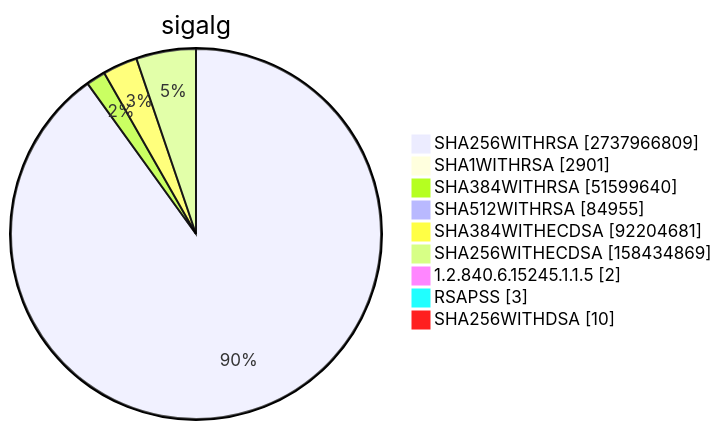
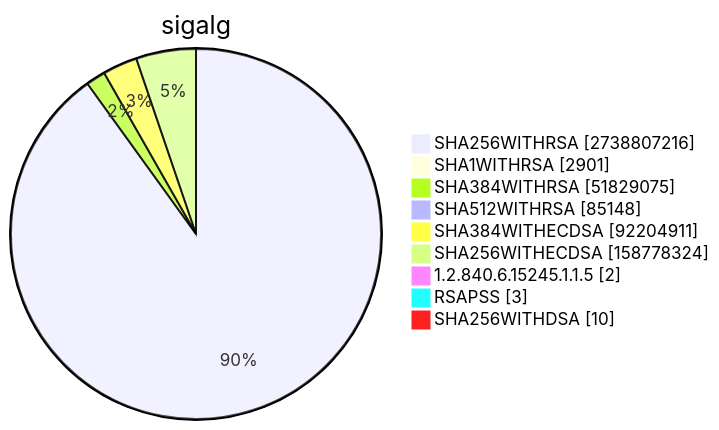
Before and after one commit to christiankrug/ctmonitor_visualization: diagram 15 of 15 in TOTAL/README.md, drawn with Mermaid. The commit also changed other lines of this file, not shown here.

````diff
--- a/TOTAL/README.md
+++ b/TOTAL/README.md
@@ -6201,13 +6201,13 @@
 ```mermaid
 pie showData
 title sigalg
-"SHA256WITHRSA" :2737966809
+"SHA256WITHRSA" :2738807216
 "SHA1WITHRSA" :2901
-"SHA384WITHRSA" :51599640
-"SHA512WITHRSA" :84955
-"SHA384WITHECDSA" :92204681
-"SHA256WITHECDSA" :158434869
+"SHA384WITHRSA" :51829075
+"SHA512WITHRSA" :85148
+"SHA384WITHECDSA" :92204911
+"SHA256WITHECDSA" :158778324
 "1.2.840.6.15245.1.1.5" :2
 "RSAPSS" :3
 "SHA256WITHDSA" :10
 ```
````
